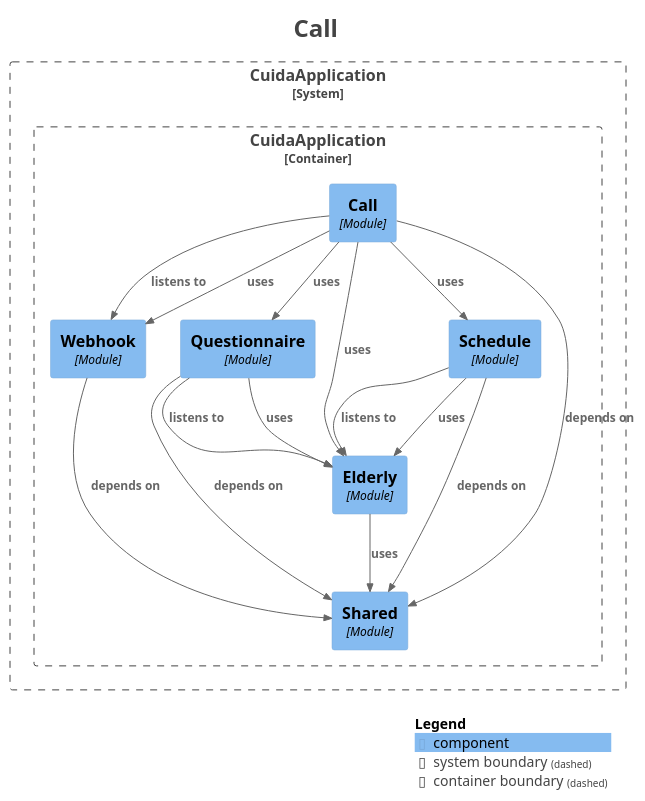
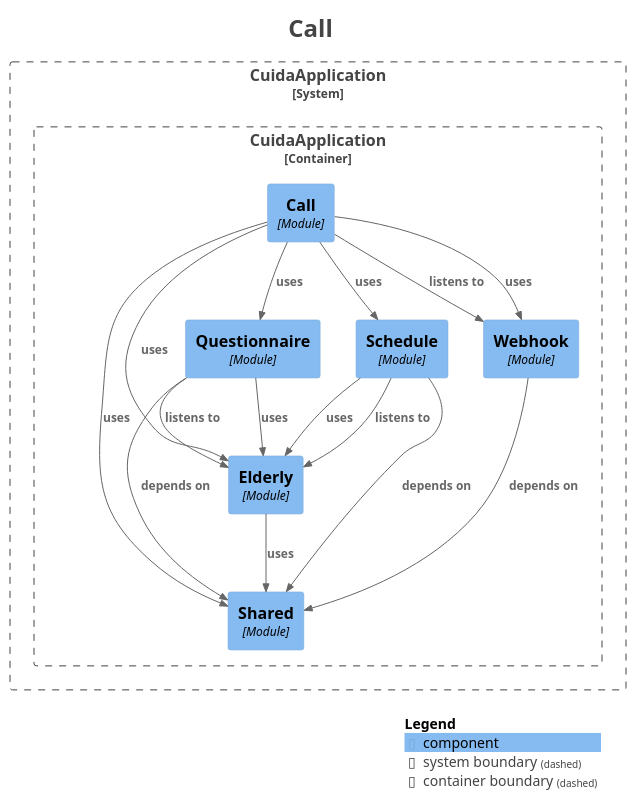
One commit to Rodrimir/alo_diario changed the diagram in docs/modules/module-call.puml. Above: the diagram before and after it, drawn with PlantUML. The commit also changed 53 other files, not shown here.

```diff
--- a/docs/modules/module-call.puml
+++ b/docs/modules/module-call.puml
@@ -1,47 +1,47 @@
 @startuml
 title <size:24>Call</size>
 
 set separator none
 top to bottom direction
 
 <style>
   root {
     BackgroundColor: #ffffff
     FontColor: #444444
   }
 </style>
 
 !include <C4/C4>
 !include <C4/C4_Context>
 !include <C4/C4_Component>
 
 System_Boundary("CuidaApplication_boundary", "CuidaApplication", $tags="") {
   Container_Boundary("CuidaApplication.CuidaApplication_boundary", "CuidaApplication", $tags="") {
-    Component(CuidaApplication.CuidaApplication.Webhook, "Webhook", $techn="Module", $descr="", $tags="", $link="")
-    Component(CuidaApplication.CuidaApplication.Questionnaire, "Questionnaire", $techn="Module", $descr="", $tags="", $link="")
     Component(CuidaApplication.CuidaApplication.Schedule, "Schedule", $techn="Module", $descr="", $tags="", $link="")
     Component(CuidaApplication.CuidaApplication.Call, "Call", $techn="Module", $descr="", $tags="", $link="")
     Component(CuidaApplication.CuidaApplication.Shared, "Shared", $techn="Module", $descr="", $tags="", $link="")
     Component(CuidaApplication.CuidaApplication.Elderly, "Elderly", $techn="Module", $descr="", $tags="", $link="")
+    Component(CuidaApplication.CuidaApplication.Webhook, "Webhook", $techn="Module", $descr="", $tags="", $link="")
+    Component(CuidaApplication.CuidaApplication.Questionnaire, "Questionnaire", $techn="Module", $descr="", $tags="", $link="")
   }
 
 }
 
 Rel(CuidaApplication.CuidaApplication.Call, CuidaApplication.CuidaApplication.Elderly, "uses", $techn="", $tags="", $link="")
 Rel(CuidaApplication.CuidaApplication.Call, CuidaApplication.CuidaApplication.Questionnaire, "uses", $techn="", $tags="", $link="")
 Rel(CuidaApplication.CuidaApplication.Call, CuidaApplication.CuidaApplication.Schedule, "uses", $techn="", $tags="", $link="")
-Rel(CuidaApplication.CuidaApplication.Call, CuidaApplication.CuidaApplication.Shared, "depends on", $techn="", $tags="", $link="")
+Rel(CuidaApplication.CuidaApplication.Call, CuidaApplication.CuidaApplication.Shared, "uses", $techn="", $tags="", $link="")
 Rel(CuidaApplication.CuidaApplication.Call, CuidaApplication.CuidaApplication.Webhook, "listens to", $techn="", $tags="", $link="")
 Rel(CuidaApplication.CuidaApplication.Call, CuidaApplication.CuidaApplication.Webhook, "uses", $techn="", $tags="", $link="")
 Rel(CuidaApplication.CuidaApplication.Elderly, CuidaApplication.CuidaApplication.Shared, "uses", $techn="", $tags="", $link="")
 Rel(CuidaApplication.CuidaApplication.Questionnaire, CuidaApplication.CuidaApplication.Elderly, "listens to", $techn="", $tags="", $link="")
 Rel(CuidaApplication.CuidaApplication.Questionnaire, CuidaApplication.CuidaApplication.Elderly, "uses", $techn="", $tags="", $link="")
 Rel(CuidaApplication.CuidaApplication.Questionnaire, CuidaApplication.CuidaApplication.Shared, "depends on", $techn="", $tags="", $link="")
 Rel(CuidaApplication.CuidaApplication.Schedule, CuidaApplication.CuidaApplication.Elderly, "listens to", $techn="", $tags="", $link="")
 Rel(CuidaApplication.CuidaApplication.Schedule, CuidaApplication.CuidaApplication.Elderly, "uses", $techn="", $tags="", $link="")
 Rel(CuidaApplication.CuidaApplication.Schedule, CuidaApplication.CuidaApplication.Shared, "depends on", $techn="", $tags="", $link="")
 Rel(CuidaApplication.CuidaApplication.Webhook, CuidaApplication.CuidaApplication.Shared, "depends on", $techn="", $tags="", $link="")
 
 SHOW_LEGEND(true)
 hide stereotypes
 @enduml
```
